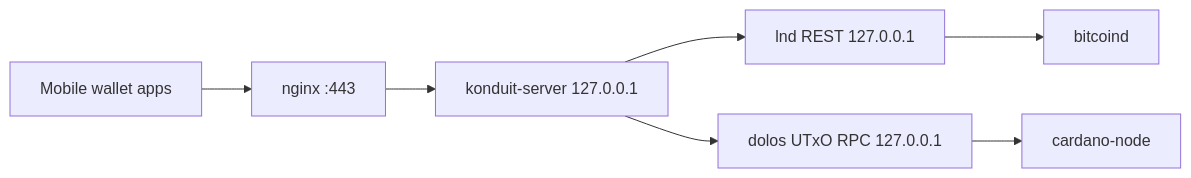
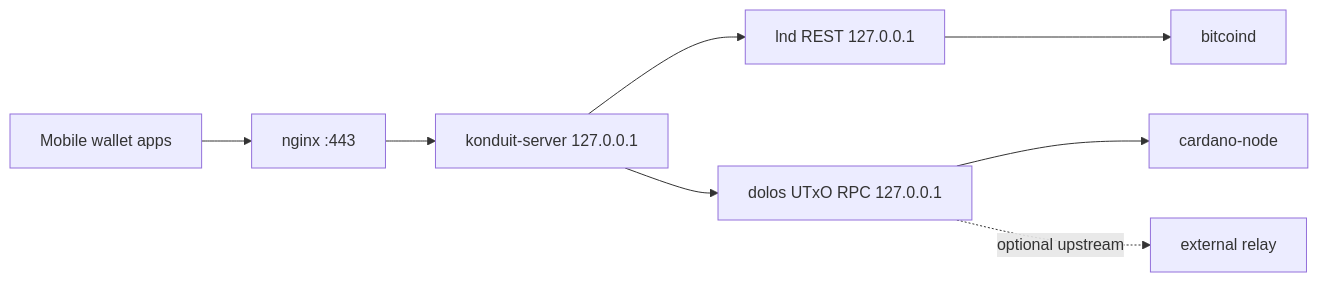
Before and after one commit to cardano-lightning/konduit: the diagram in docs/design/35_adaptor_deployment.md, drawn with Mermaid. The commit also changed other lines of this file and 142 other files, not shown here.

````diff
--- a/docs/design/35_adaptor_deployment.md
+++ b/docs/design/35_adaptor_deployment.md
@@ -49,16 +53,18 @@
 ```mermaid
 flowchart LR
     wallets[Mobile wallet apps]
     nginx[nginx :443]
     konduit[konduit-server 127.0.0.1]
     lnd[lnd REST 127.0.0.1]
     dolos[dolos UTxO RPC 127.0.0.1]
     cnode[cardano-node]
+    relay[external relay]
     bitcoind[bitcoind]
 
     wallets --> nginx --> konduit
     konduit --> lnd
     konduit --> dolos
     lnd --> bitcoind
     dolos --> cnode
+    dolos -. optional upstream .-> relay
 ```
````
